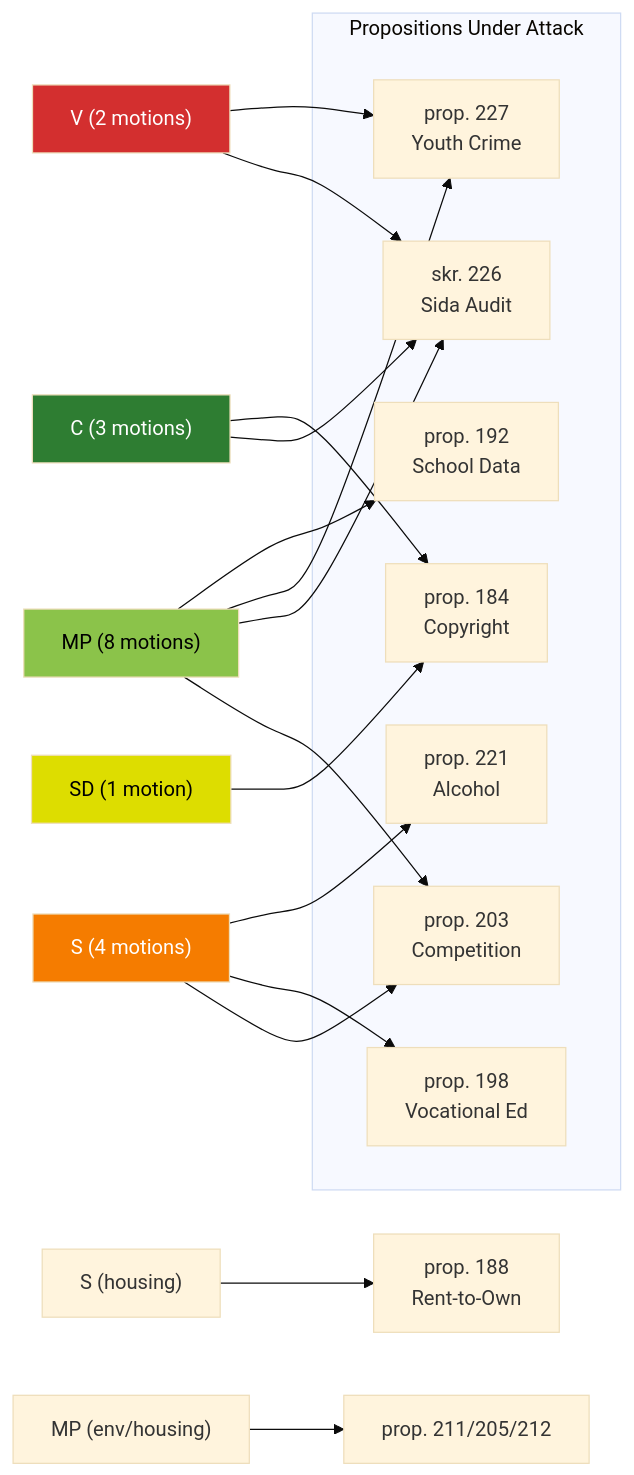
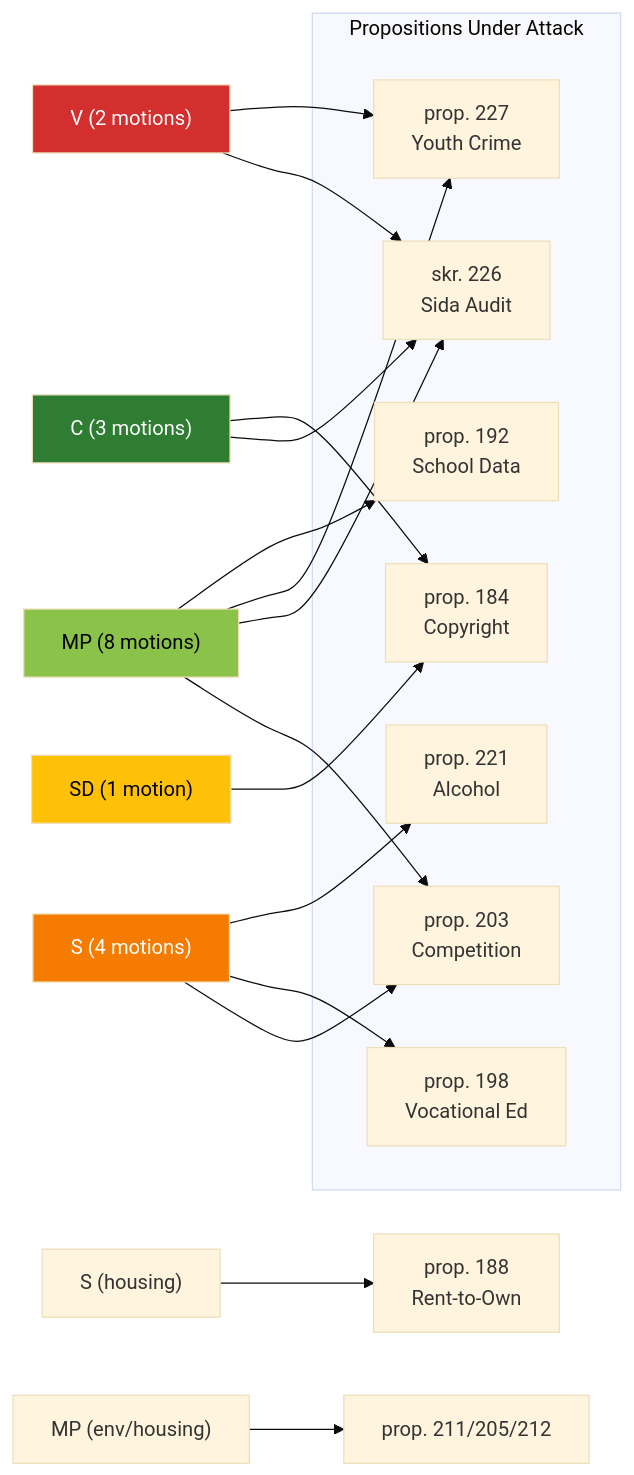
One commit to Hack23/riksdagsmonitor changed the diagram in analysis/daily/2026-04-13/motions/cross-reference-map.md. Above: the diagram before and after it, drawn with Mermaid (base theme). The commit also changed 121 other files, not shown here.

````diff
--- a/analysis/daily/2026-04-13/motions/cross-reference-map.md
+++ b/analysis/daily/2026-04-13/motions/cross-reference-map.md
@@ -40,24 +40,24 @@
 ```mermaid
 graph LR
     subgraph "Propositions Under Attack"
         P203["prop. 203<br>Competition"]
         P226["skr. 226<br>Sida Audit"]
         P227["prop. 227<br>Youth Crime"]
         P184["prop. 184<br>Copyright"]
         P198["prop. 198<br>Vocational Ed"]
         P192["prop. 192<br>School Data"]
         P221["prop. 221<br>Alcohol"]
     end
     S1["S (4 motions)"] --> P203 & P198 & P221
     S2["S (housing)"] --> P188["prop. 188<br>Rent-to-Own"]
     MP["MP (8 motions)"] --> P203 & P226 & P227 & P192
     MP2["MP (env/housing)"] --> P211["prop. 211/205/212"]
     V["V (2 motions)"] --> P226 & P227
     C["C (3 motions)"] --> P226 & P184
     SD["SD (1 motion)"] --> P184
     style S1 fill:#F57C00,color:#FFFFFF
     style MP fill:#8BC34A,color:#000000
     style V fill:#D32F2F,color:#FFFFFF
     style C fill:#2E7D32,color:#FFFFFF
-    style SD fill:#dddd00,color:#000000
+    style SD fill:#FFC107,color:#000000
 ```
````
